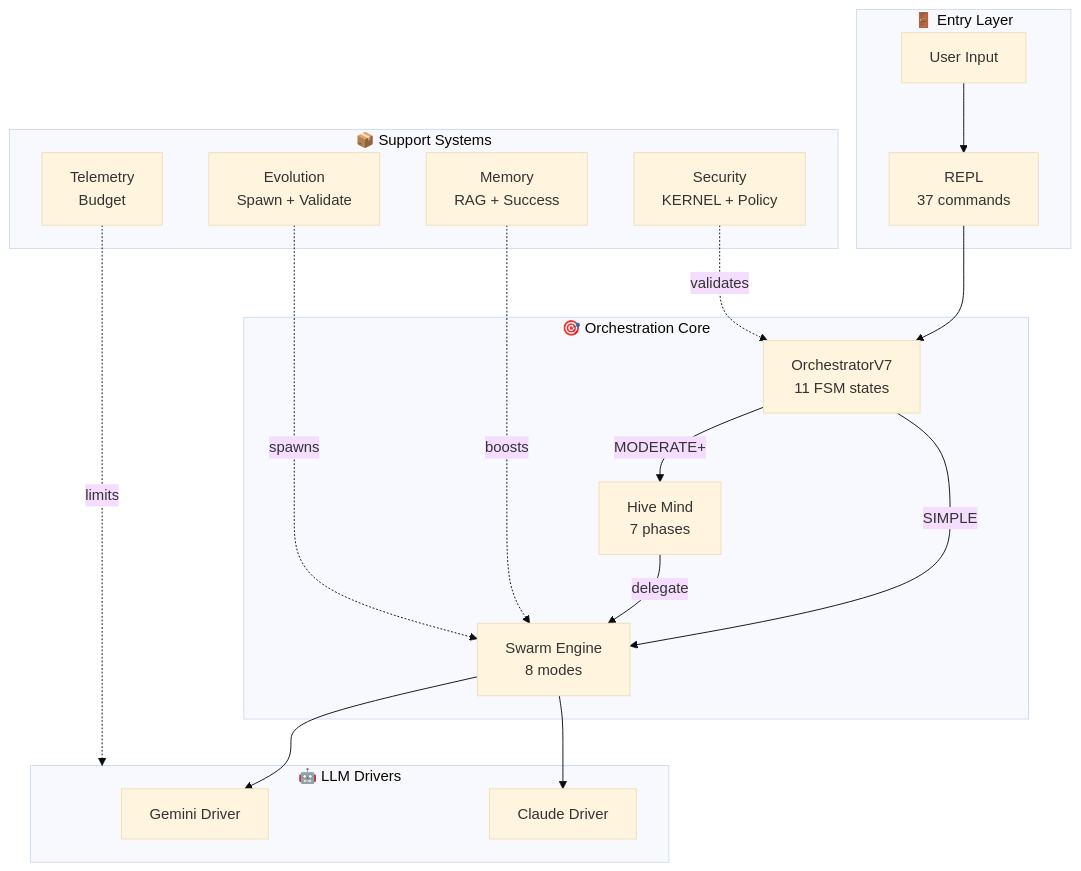
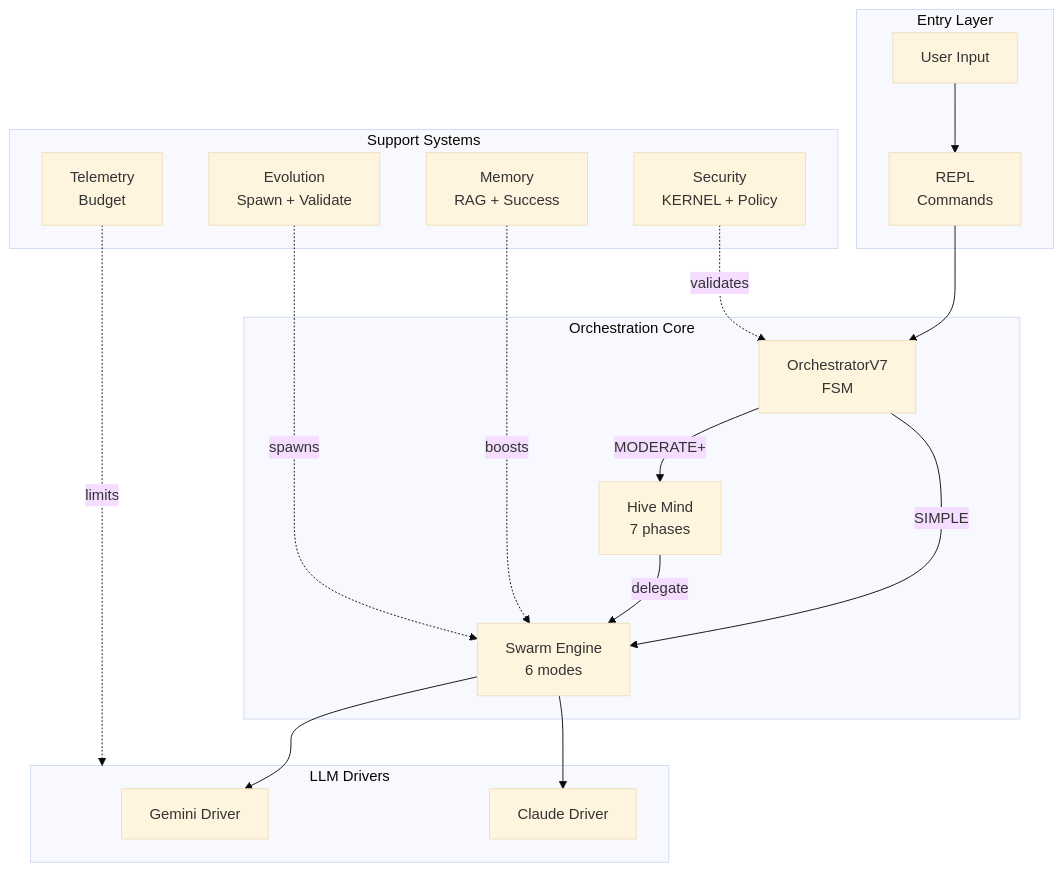
The first of 5 diagrams in docs/ARCHITECTURE_MAP_GENERATED.md (yannabadie/NEXUS), drawn with Mermaid (base theme) before and after one commit. The commit also changed other lines of this file and 4 other files, not shown here.

````diff
--- a/docs/ARCHITECTURE_MAP_GENERATED.md
+++ b/docs/ARCHITECTURE_MAP_GENERATED.md
@@ -16,37 +16,37 @@
 ```mermaid
 graph TD
-    subgraph Entry["🚪 Entry Layer"]
+    subgraph Entry["Entry Layer"]
         USER[User Input]
-        REPL[REPL<br/>37 commands]
+        REPL[REPL<br/>Commands]
     end
 
-    subgraph Core["🎯 Orchestration Core"]
-        ORCH[OrchestratorV7<br/>11 FSM states]
-        SWARM[Swarm Engine<br/>8 modes]
+    subgraph Core["Orchestration Core"]
+        ORCH[OrchestratorV7<br/>FSM]
+        SWARM[Swarm Engine<br/>6 modes]
         HIVE[Hive Mind<br/>7 phases]
     end
 
-    subgraph LLM["🤖 LLM Drivers"]
+    subgraph LLM["LLM Drivers"]
         GEMINI[Gemini Driver]
         CLAUDE[Claude Driver]
     end
 
-    subgraph Support["📦 Support Systems"]
+    subgraph Support["Support Systems"]
         MEM[Memory<br/>RAG + Success]
         SEC[Security<br/>KERNEL + Policy]
         EVOL[Evolution<br/>Spawn + Validate]
         TEL[Telemetry<br/>Budget]
     end
 
     USER --> REPL
     REPL --> ORCH
     ORCH -->|"MODERATE+"| HIVE
     ORCH -->|"SIMPLE"| SWARM
     HIVE -->|"delegate"| SWARM
     SWARM --> GEMINI
     SWARM --> CLAUDE
     SEC -.->|"validates"| ORCH
     MEM -.->|"boosts"| SWARM
     TEL -.->|"limits"| LLM
     EVOL -.->|"spawns"| SWARM
 ```
````
